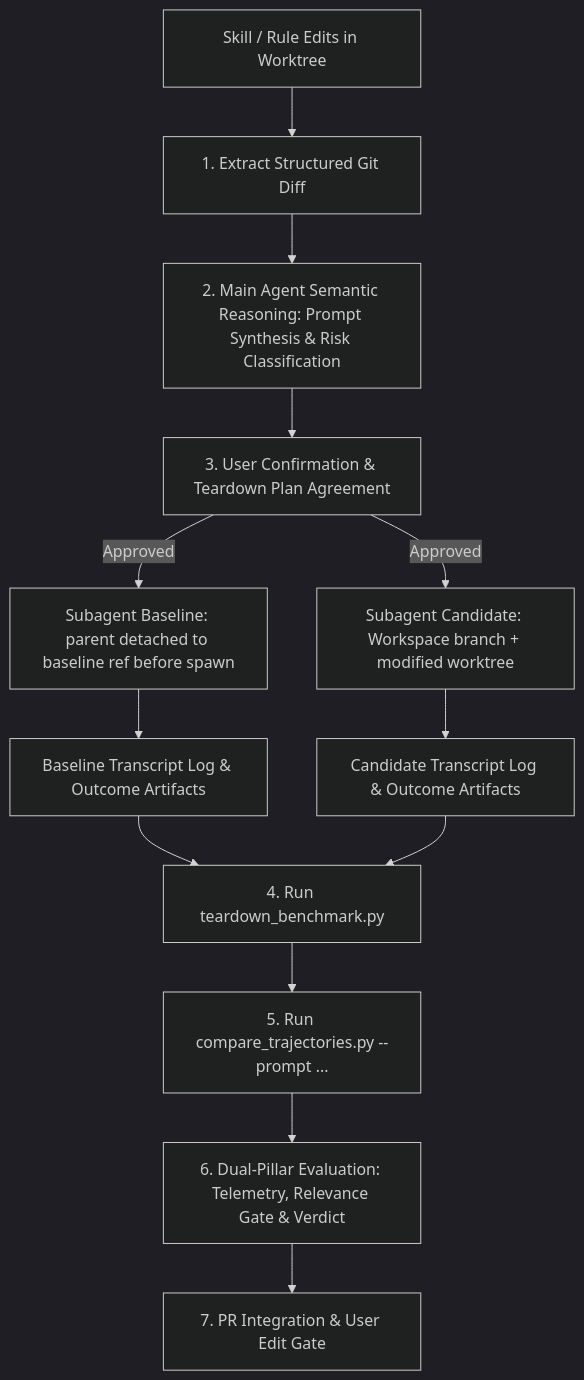
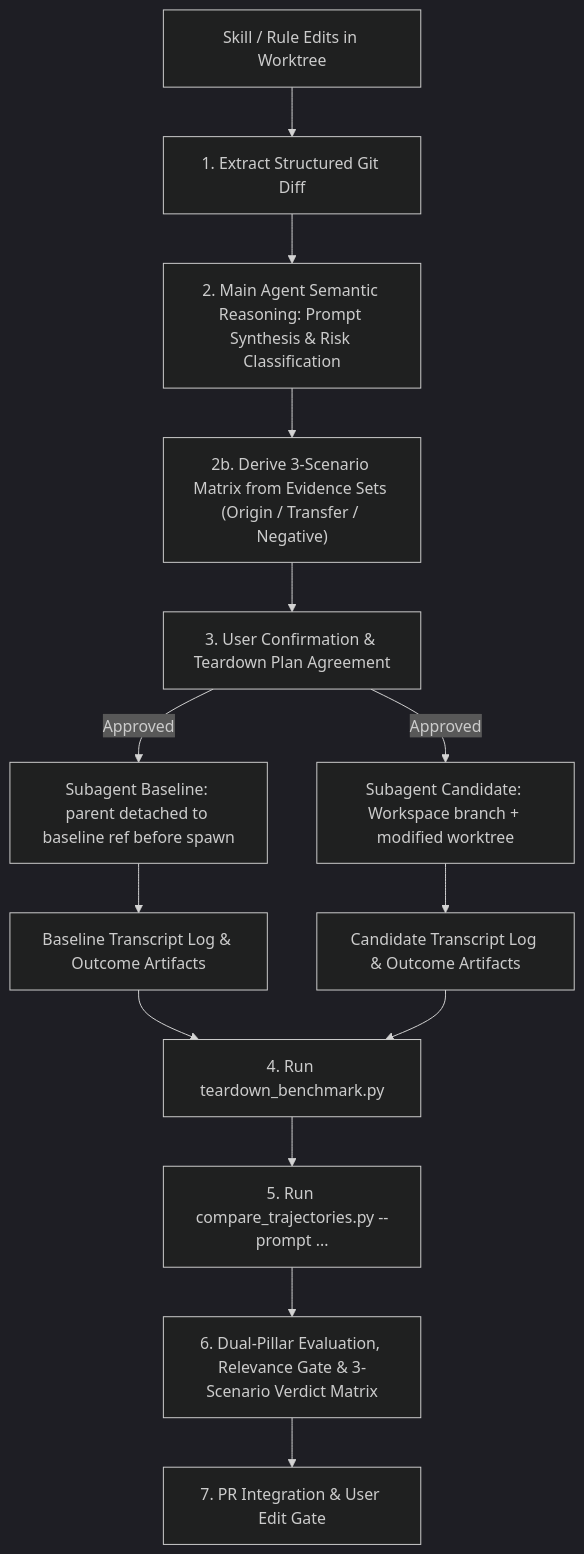
Before and after one commit to google/xmc: the diagram in .agents/skills/xmc_trajectory_comparison/SKILL.md, drawn with Mermaid (dark theme). The commit also changed other lines of this file and 1 other file, not shown here.

````diff
--- a/.agents/skills/xmc_trajectory_comparison/SKILL.md
+++ b/.agents/skills/xmc_trajectory_comparison/SKILL.md
@@ -10,14 +10,15 @@
 ```mermaid
 graph TD
     A[Skill / Rule Edits in Worktree] --> B[1. Extract Structured Git Diff]
     B --> C[2. Main Agent Semantic Reasoning: Prompt Synthesis & Risk Classification]
-    C --> D[3. User Confirmation & Teardown Plan Agreement]
+    C --> M["2b. Derive 3-Scenario Matrix from Evidence Sets (Origin / Transfer / Negative)"]
+    M --> D[3. User Confirmation & Teardown Plan Agreement]
     D -->|Approved| E1["Subagent Baseline: parent detached to baseline ref before spawn"]
     D -->|Approved| E2[Subagent Candidate: Workspace branch + modified worktree]
     E1 --> F1[Baseline Transcript Log & Outcome Artifacts]
     E2 --> F2[Candidate Transcript Log & Outcome Artifacts]
     F1 & F2 --> G[4. Run teardown_benchmark.py]
     G --> H[5. Run compare_trajectories.py --prompt ...]
-    H --> I[6. Dual-Pillar Evaluation: Telemetry, Relevance Gate & Verdict]
+    H --> I[6. Dual-Pillar Evaluation, Relevance Gate & 3-Scenario Verdict Matrix]
     I --> J[7. PR Integration & User Edit Gate]
 ```
````
